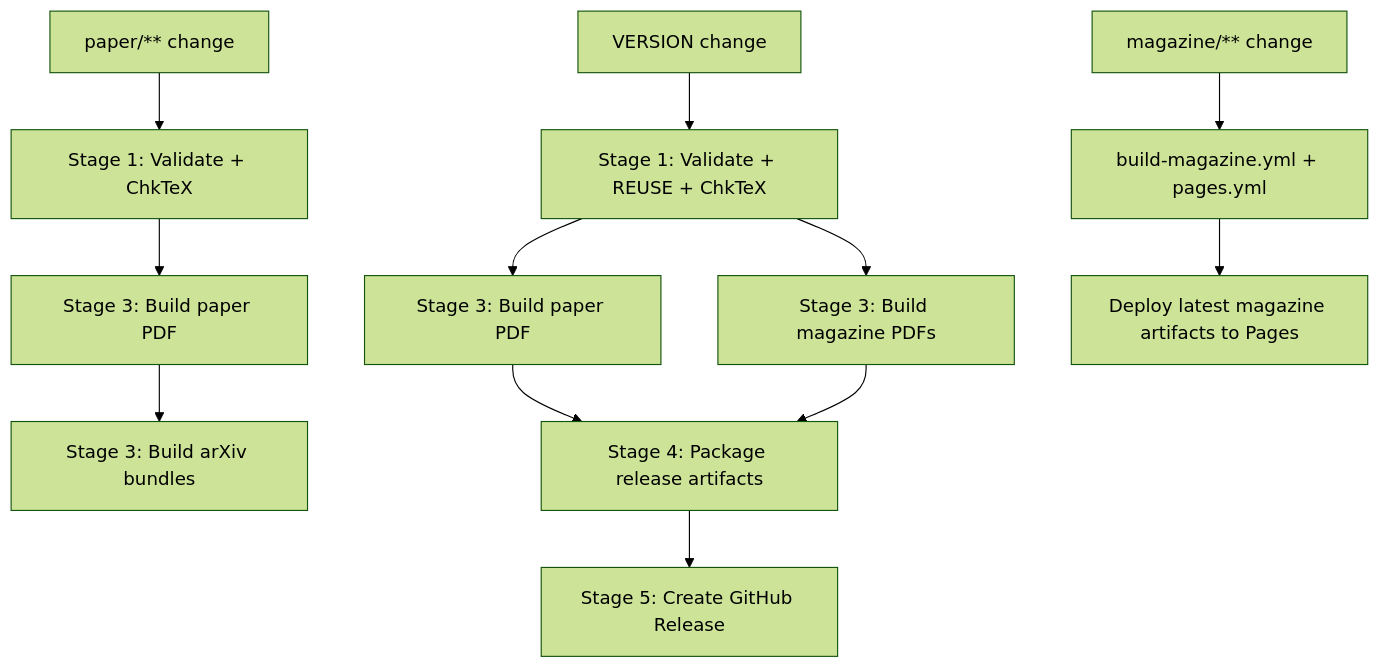
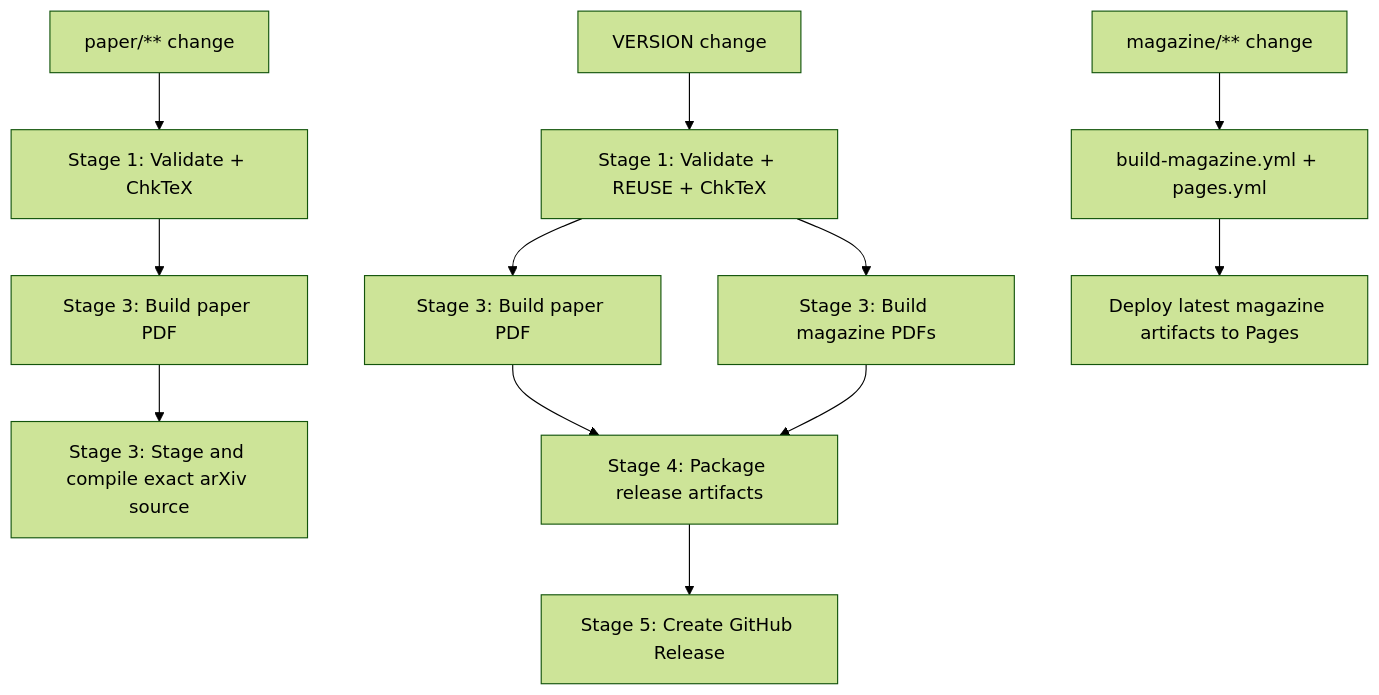
One commit to egohygiene/reflector changed the first of 2 diagrams in docs/workflows.md. Above: the diagram before and after it, drawn with Mermaid (forest theme). The commit also changed other lines of this file and 18 other files, not shown here.

````diff
--- a/docs/workflows.md
+++ b/docs/workflows.md
@@ -79,16 +79,16 @@
 ```mermaid
 flowchart TD
   A[paper/** change] --> B[Stage 1: Validate + ChkTeX]
   B --> C[Stage 3: Build paper PDF]
-  C --> D[Stage 3: Build arXiv bundles]
+  C --> D[Stage 3: Stage and compile exact arXiv source]
 
   E[VERSION change] --> F[Stage 1: Validate + REUSE + ChkTeX]
   F --> G[Stage 3: Build paper PDF]
   F --> H[Stage 3: Build magazine PDFs]
   G --> I[Stage 4: Package release artifacts]
   H --> I
   I --> J[Stage 5: Create GitHub Release]
 
   K[magazine/** change] --> L[build-magazine.yml + pages.yml]
   L --> M[Deploy latest magazine artifacts to Pages]
 ```
````
